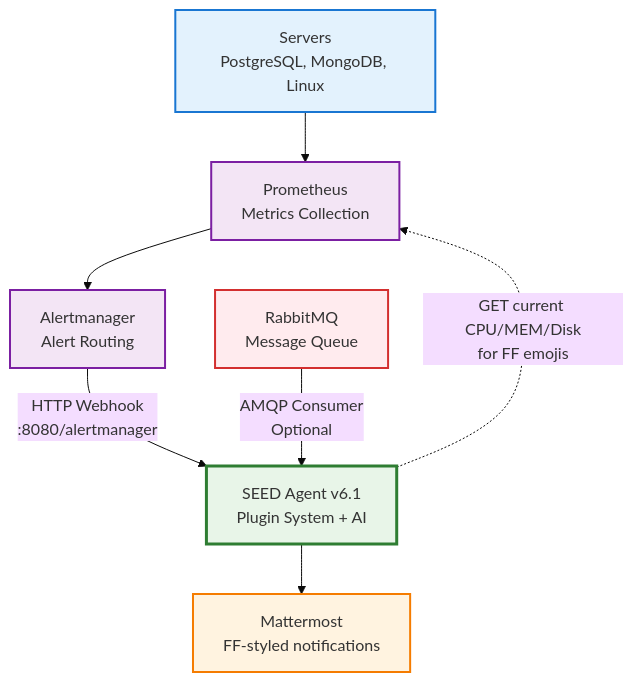
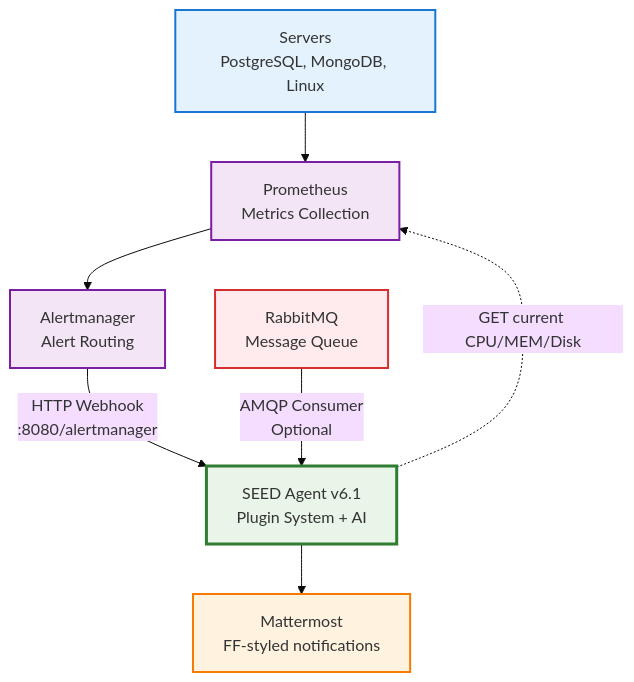
One commit to Genacvali/seed changed the first of 6 diagrams in mermaid_diagram.md. Above: the diagram before and after it, drawn with Mermaid (base theme).

````diff
--- a/mermaid_diagram.md
+++ b/mermaid_diagram.md
@@ -5,26 +5,26 @@
 ```mermaid
 flowchart TD
     A["Servers<br/>PostgreSQL, MongoDB, Linux"] --> B["Prometheus<br/>Metrics Collection"]
     B --> C["Alertmanager<br/>Alert Routing"]
     
     %% Two input channels to SEED
     C -->|"HTTP Webhook<br/>:8080/alertmanager"| D["SEED Agent v6.1<br/>Plugin System + AI"]
     F["RabbitMQ<br/>Message Queue"] -->|"AMQP Consumer<br/>Optional"| D
     
     D --> E["Mattermost<br/>FF-styled notifications"]
     
     %% SEED queries Prometheus for current metrics to enrich alerts
-    D -.->|"GET current CPU/MEM/Disk<br/>for FF emojis"| B
+    D -.->|"GET current CPU/MEM/Disk<br/>"| B
     
     classDef server fill:#e3f2fd,stroke:#1976d2,stroke-width:2px
     classDef monitor fill:#f3e5f5,stroke:#7b1fa2,stroke-width:2px  
     classDef seed fill:#e8f5e8,stroke:#2e7d32,stroke-width:3px
     classDef output fill:#fff3e0,stroke:#f57c00,stroke-width:2px
     classDef rabbit fill:#ffebee,stroke:#d32f2f,stroke-width:2px
     
     class A server
     class B,C monitor
     class D seed
     class E output
     class F rabbit
 ```
````
